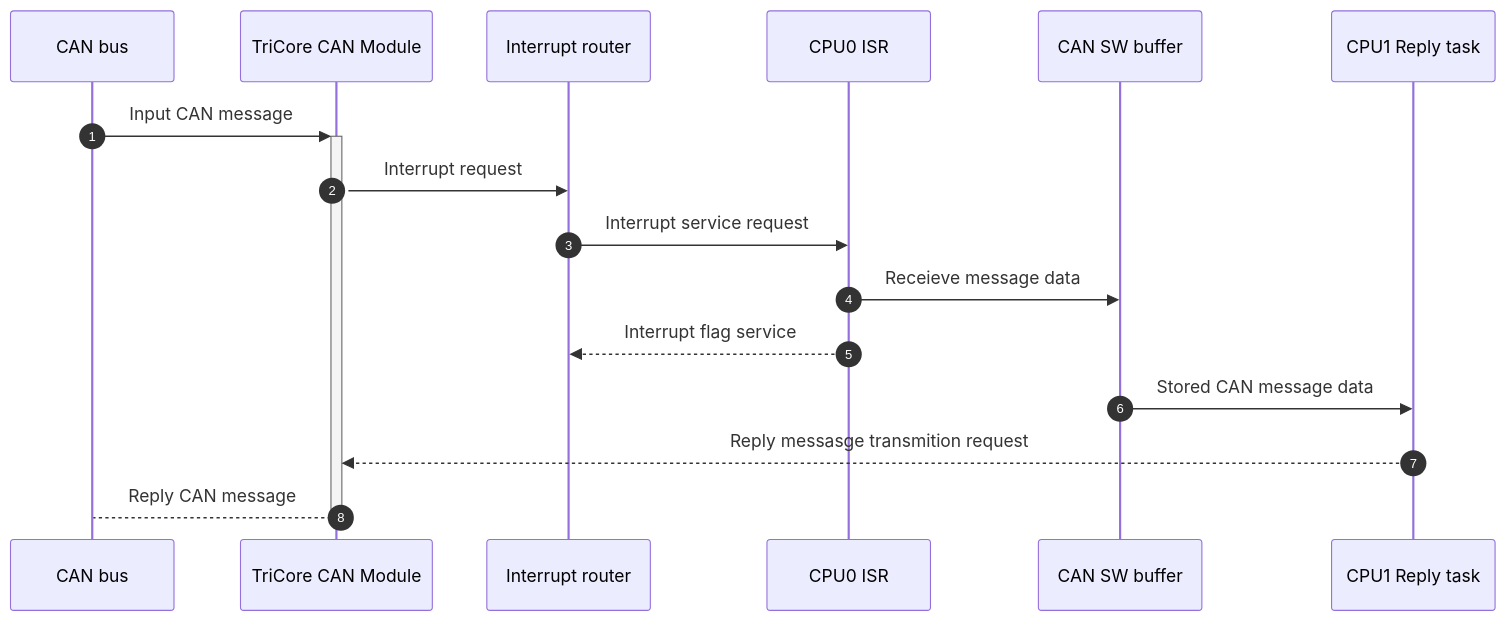
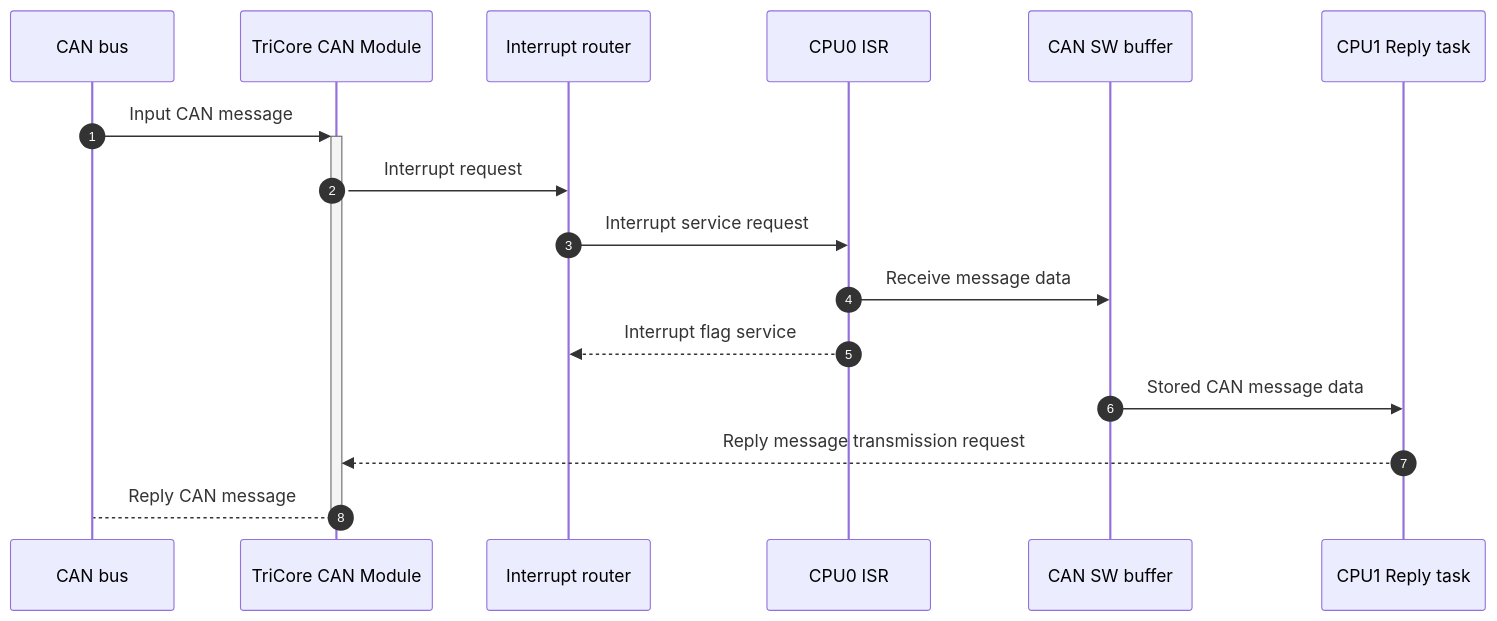
Before and after one commit to Darth-Bujar/examples_erika: the first of 2 diagrams in can_multicore/README.md, drawn with Mermaid. The commit also changed other lines of this file, not shown here.

Commit message:
Spelling check for can multicore readme.md

````diff
--- a/can_multicore/README.md
+++ b/can_multicore/README.md
@@ -9,12 +9,12 @@
 ```mermaid
 sequenceDiagram
 autonumber
 CAN bus->>+TriCore  CAN  Module: Input CAN message
 TriCore  CAN  Module->>Interrupt  router: Interrupt request
 Interrupt  router->>CPU0  ISR: Interrupt service request
-CPU0  ISR->>CAN  SW  buffer: Receieve message data
+CPU0  ISR->>CAN  SW  buffer: Receive message data
 CPU0  ISR-->>Interrupt  router: Interrupt flag service
 CAN  SW  buffer->> CPU1 Reply task: Stored CAN message data
-CPU1 Reply task -->>TriCore  CAN  Module: Reply messasge transmition request
+CPU1 Reply task -->>TriCore  CAN  Module: Reply message transmission request
 TriCore  CAN  Module -->-CAN bus: Reply CAN message
 ```
````
